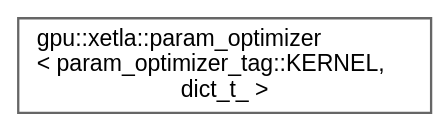
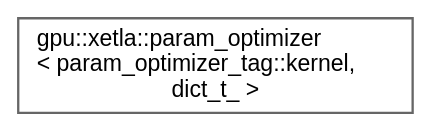
One commit to intel/xetla changed the diagram in docs/inherit_graph_259.dot. Above: the diagram before and after it, drawn with Graphviz. The commit also changed 313 other files, not shown here.

```diff
--- a/docs/inherit_graph_259.dot
+++ b/docs/inherit_graph_259.dot
@@ -1,9 +1,9 @@
 digraph "Graphical Class Hierarchy"
 {
  // LATEX_PDF_SIZE
   bgcolor="transparent";
   edge [fontname=Helvetica,fontsize=10,labelfontname=Helvetica,labelfontsize=10];
   node [fontname=Helvetica,fontsize=10,shape=box,height=0.2,width=0.4];
   rankdir="LR";
-  Node0 [id="Node000000",label="gpu::xetla::param_optimizer\l\< param_optimizer_tag::KERNEL,\l dict_t_ \>",height=0.2,width=0.4,color="grey40", fillcolor="white", style="filled",URL="$structgpu_1_1xetla_1_1param__optimizer_3_01param__optimizer__tag_1_1KERNEL_00_01dict__t___01_4.html",tooltip=" "];
+  Node0 [id="Node000000",label="gpu::xetla::param_optimizer\l\< param_optimizer_tag::kernel,\l dict_t_ \>",height=0.2,width=0.4,color="grey40", fillcolor="white", style="filled",URL="$structgpu_1_1xetla_1_1param__optimizer_3_01param__optimizer__tag_1_1kernel_00_01dict__t___01_4.html",tooltip=" "];
 }
```
